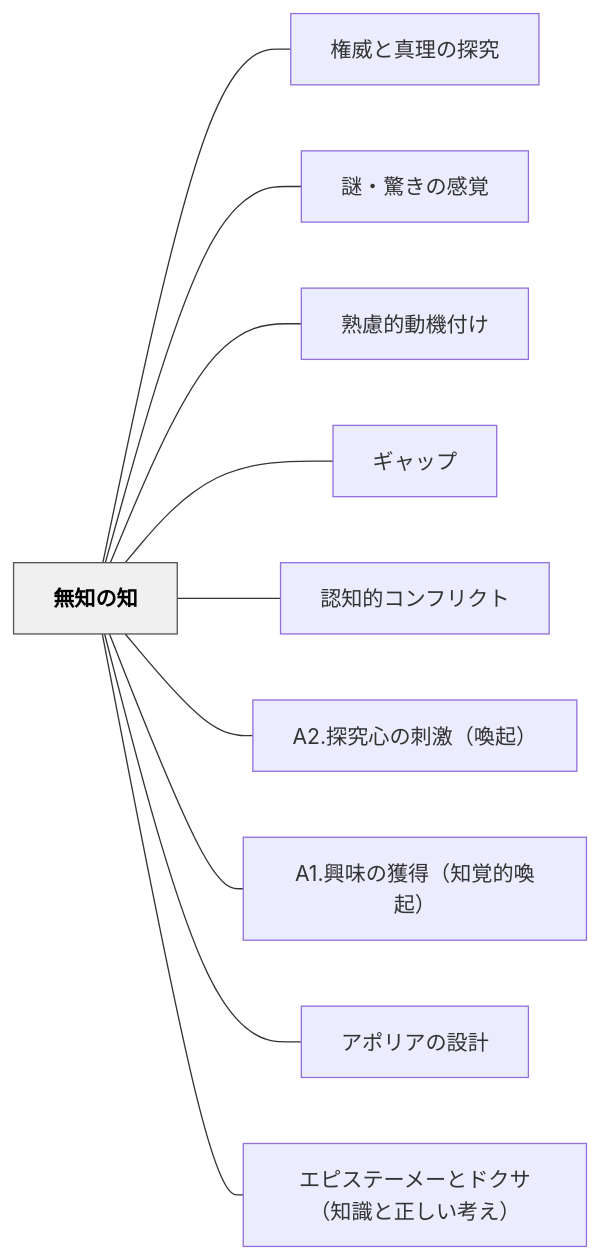
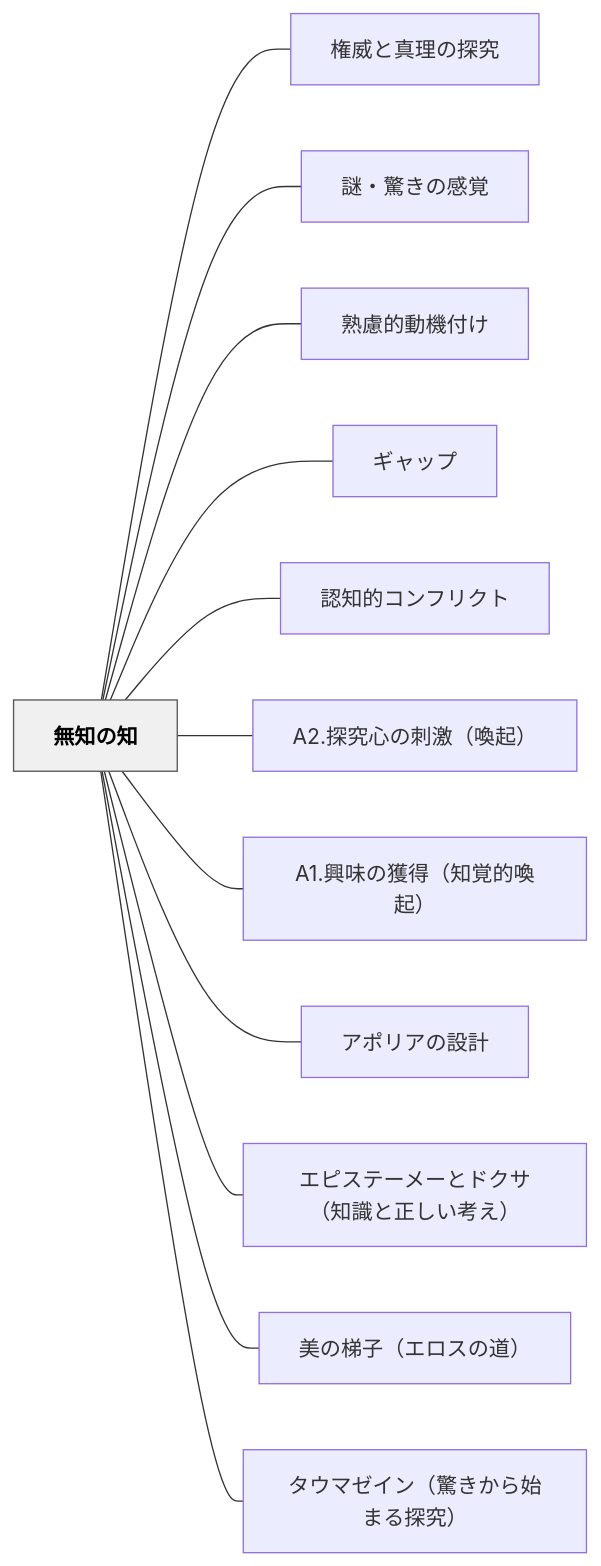
Before and after one commit to unknownthings-ed-patterns/unknownthings-ed-patterns: the diagram in content/パタン/無知の知.md, drawn with Mermaid. The commit also changed other lines of this file and 16 other files, not shown here.

````diff
--- a/content/パタン/無知の知.md
+++ b/content/パタン/無知の知.md
@@ -63,26 +96,30 @@
 ```mermaid
 flowchart LR
     ne784a1e79fa5e381aee79fa5["無知の知"]
     ne6a8a9e5a881e381a8e79c9fe79086e381aee68ea2e7a9b6["権威と真理の探究"]
     ne8ac8ee383bbe9a99ae3818de381aee6849fe8a69a["謎・驚きの感覚"]
     ne7869fe685aee79a84e58b95e6a99fe4bb98e38191["熟慮的動機付け"]
     ne382aee383a3e38383e38397["ギャップ"]
     ne8aa8de79fa5e79a84e382b3e383b3e38395e383aae382afe38388["認知的コンフリクト"]
     n41322ee68ea2e7a9b6e5bf83e381aee588bae6bf80efbc88e5969ae8b5b7efbc89["A2.探究心の刺激（喚起）"]
     n41312ee88888e591b3e381aee78db2e5be97efbc88e79fa5e8a69ae79a84e5969ae8b5b7efbc89["A1.興味の獲得（知覚的喚起）"]
     ne382a2e3839de383aae382a2e381aee8a8ade8a888["アポリアの設計"]
     ne382a8e38394e382b9e38386e383bce383a1e383bce381a8e38389e382afe382b5efbc88e79fa5e8ad98e381a8e6ada3e38197e38184e88083e38188efbc89["エピステーメーとドクサ（知識と正しい考え）"]
+    ne7be8ee381aee6a2afe5ad90efbc88e382a8e383ade382b9e381aee98193efbc89["美の梯子（エロスの道）"]
+    ne382bfe382a6e3839ee382bce382a4e383b3efbc88e9a99ae3818de3818be38289e5a78be381bee3828be68ea2e7a9b6efbc89["タウマゼイン（驚きから始まる探究）"]
 
     ne784a1e79fa5e381aee79fa5 --- ne6a8a9e5a881e381a8e79c9fe79086e381aee68ea2e7a9b6
     ne784a1e79fa5e381aee79fa5 --- ne8ac8ee383bbe9a99ae3818de381aee6849fe8a69a
     ne784a1e79fa5e381aee79fa5 --- ne7869fe685aee79a84e58b95e6a99fe4bb98e38191
     ne784a1e79fa5e381aee79fa5 --- ne382aee383a3e38383e38397
     ne784a1e79fa5e381aee79fa5 --- ne8aa8de79fa5e79a84e382b3e383b3e38395e383aae382afe38388
     ne784a1e79fa5e381aee79fa5 --- n41322ee68ea2e7a9b6e5bf83e381aee588bae6bf80efbc88e5969ae8b5b7efbc89
     ne784a1e79fa5e381aee79fa5 --- n41312ee88888e591b3e381aee78db2e5be97efbc88e79fa5e8a69ae79a84e5969ae8b5b7efbc89
     ne784a1e79fa5e381aee79fa5 --- ne382a2e3839de383aae382a2e381aee8a8ade8a888
     ne784a1e79fa5e381aee79fa5 --- ne382a8e38394e382b9e38386e383bce383a1e383bce381a8e38389e382afe382b5efbc88e79fa5e8ad98e381a8e6ada3e38197e38184e88083e38188efbc89
+    ne784a1e79fa5e381aee79fa5 --- ne7be8ee381aee6a2afe5ad90efbc88e382a8e383ade382b9e381aee98193efbc89
+    ne784a1e79fa5e381aee79fa5 --- ne382bfe382a6e3839ee382bce382a4e383b3efbc88e9a99ae3818de3818be38289e5a78be381bee3828be68ea2e7a9b6efbc89
 
     classDef hub fill:#f0f0f0,stroke:#555,color:#000,font-weight:bold
     class ne784a1e79fa5e381aee79fa5 hub
 ```
````
